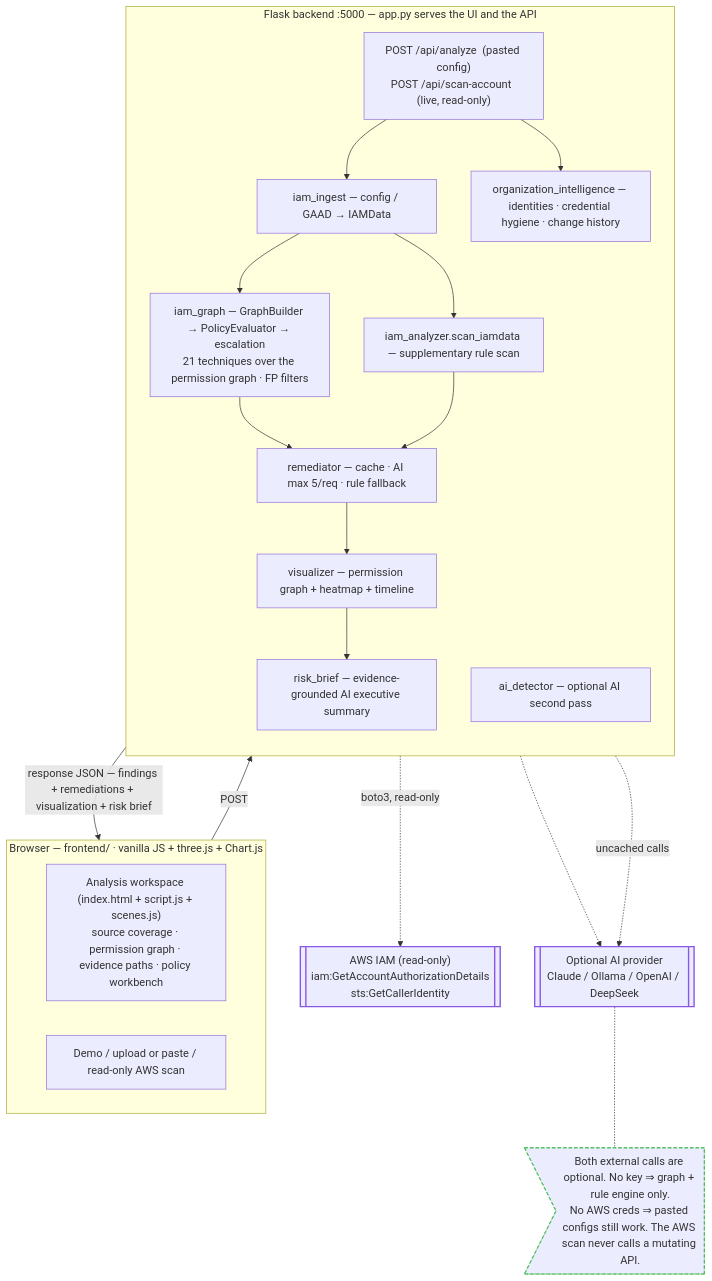
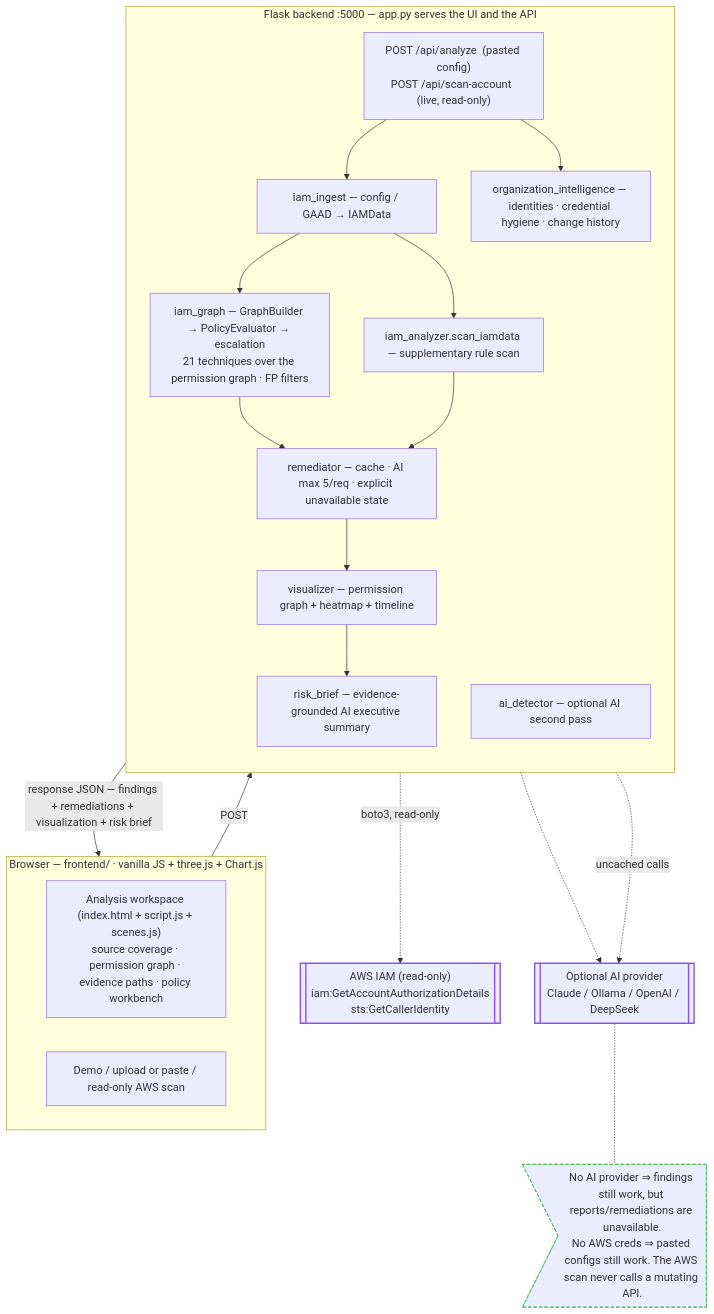
Before and after one commit to adnannazirahmed/Winnow-1.1: the diagram in README.md, drawn with Mermaid. The commit also changed other lines of this file and 17 other files, not shown here.

````diff
--- a/README.md
+++ b/README.md
@@ -30,40 +30,40 @@
 ```mermaid
 flowchart TB
     subgraph browser["Browser — frontend/ · vanilla JS + three.js + Chart.js"]
         direction LR
         ui["Analysis workspace (index.html + script.js + scenes.js)<br/>source coverage · permission graph · evidence paths · policy workbench"]
         sources["Demo / upload or paste / read-only AWS scan"]
     end
 
     subgraph backend["Flask backend :5000 — app.py serves the UI and the API"]
         direction TB
         api["POST /api/analyze  (pasted config)<br/>POST /api/scan-account  (live, read-only)"]
         ingest["iam_ingest — config / GAAD → IAMData"]
         grapheng["iam_graph — GraphBuilder → PolicyEvaluator → escalation<br/>21 techniques over the permission graph · FP filters"]
         rules["iam_analyzer.scan_iamdata — supplementary rule scan"]
         detector["ai_detector — optional AI second pass"]
-        remediator["remediator — cache · AI max 5/req · rule fallback"]
+        remediator["remediator — cache · AI max 5/req · explicit unavailable state"]
         brief["risk_brief — evidence-grounded AI executive summary"]
         org["organization_intelligence — identities · credential hygiene · change history"]
         visualizer["visualizer — permission graph + heatmap + timeline"]
         api --> ingest --> grapheng --> remediator --> visualizer --> brief
         ingest --> rules --> remediator
         api --> org
     end
 
     aws[["AWS IAM (read-only)<br/>iam:GetAccountAuthorizationDetails<br/>sts:GetCallerIdentity"]]
     ai[["Optional AI provider<br/>Claude / Ollama / OpenAI / DeepSeek"]]
-    note>"Both external calls are optional. No key ⇒ graph + rule engine only.<br/>No AWS creds ⇒ pasted configs still work. The AWS scan never calls a mutating API."]
+    note>"No AI provider ⇒ findings still work, but reports/remediations are unavailable.<br/>No AWS creds ⇒ pasted configs still work. The AWS scan never calls a mutating API."]
 
     sources -->|"POST"| api
     brief -->|"response JSON — findings + remediations + visualization + risk brief"| ui
     api -.->|"boto3, read-only"| aws
     detector -.-> ai
     remediator -.->|"uncached calls"| ai
     ai -.- note
 
     classDef external stroke:#8957e5,stroke-width:2px
     classDef muted stroke:#3fb950,stroke-width:1px,stroke-dasharray:5 3
     class aws,ai external
     class note muted
 ```
````
